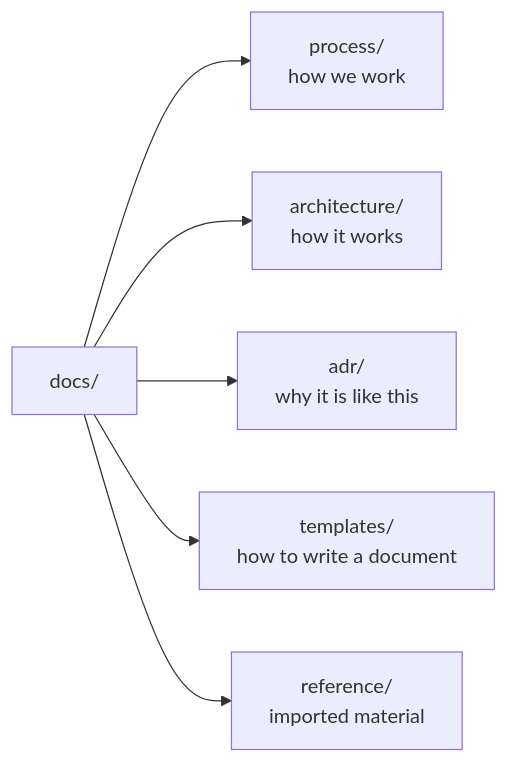
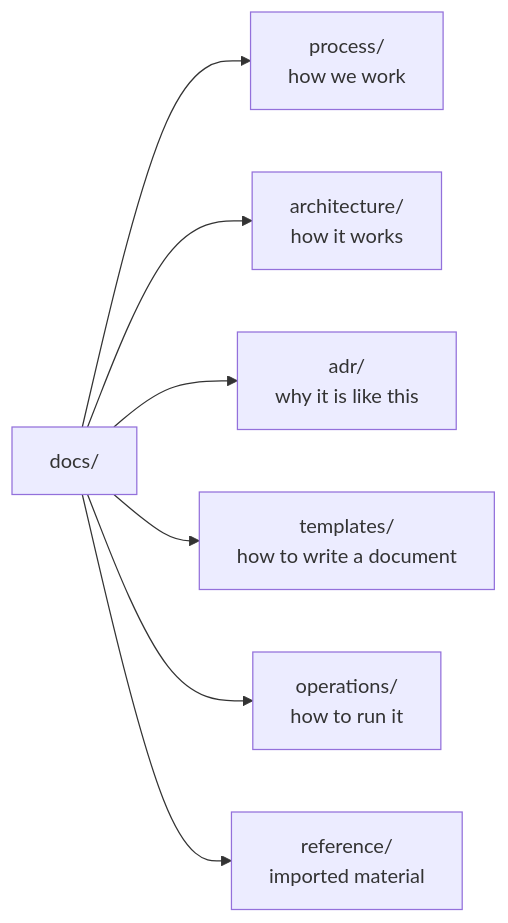
The diagram in docs/README.md (andrediashexa/NOGGlass), drawn with Mermaid before and after one commit. The commit also changed other lines of this file and 7 other files, not shown here.

````diff
--- a/docs/README.md
+++ b/docs/README.md
@@ -23,8 +23,9 @@
 ```mermaid
 flowchart LR
     docs[docs/] --> process[process/<br/>how we work]
     docs --> arch[architecture/<br/>how it works]
     docs --> adr[adr/<br/>why it is like this]
     docs --> tpl[templates/<br/>how to write a document]
+    docs --> ops[operations/<br/>how to run it]
     docs --> ref[reference/<br/>imported material]
 ```
````
